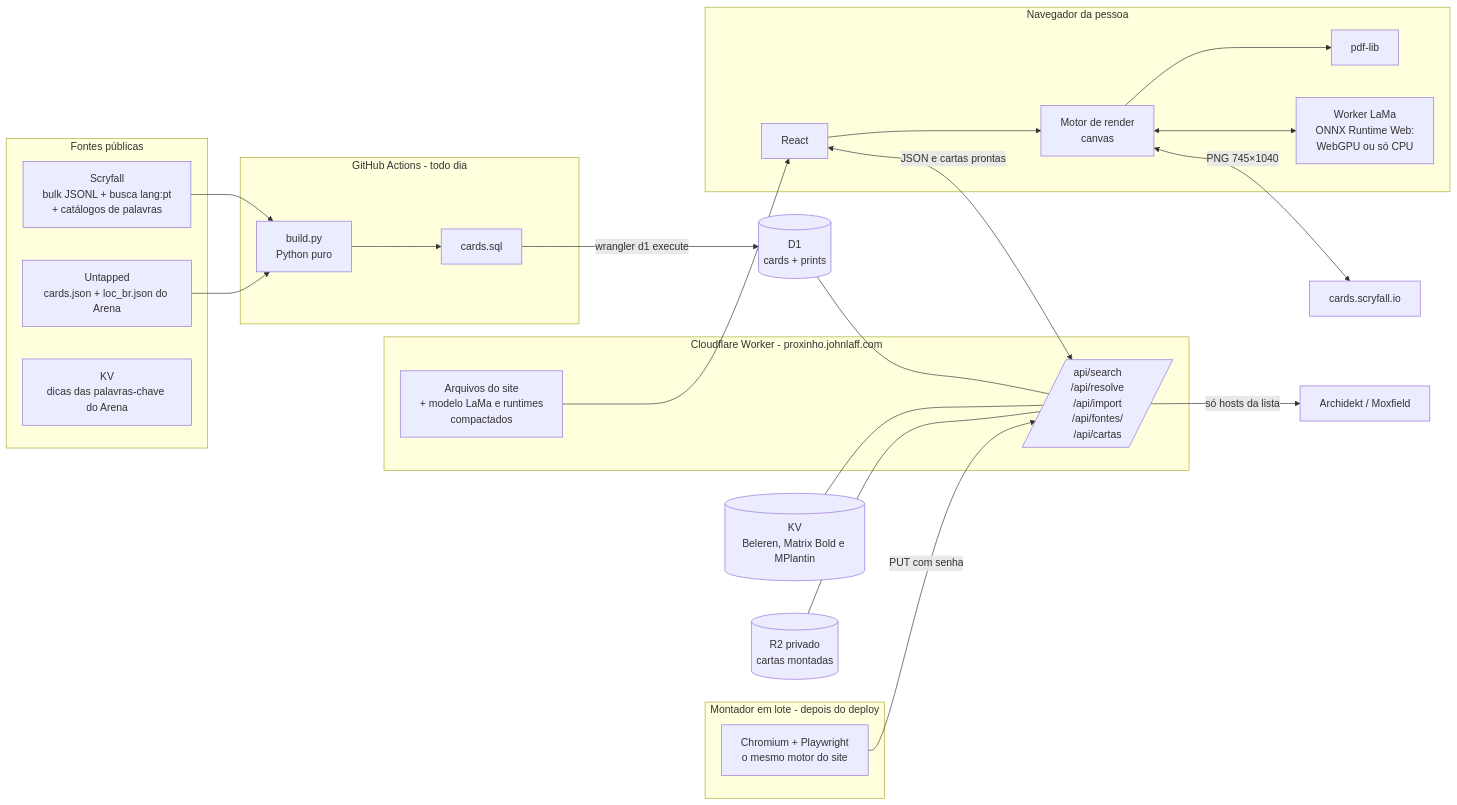
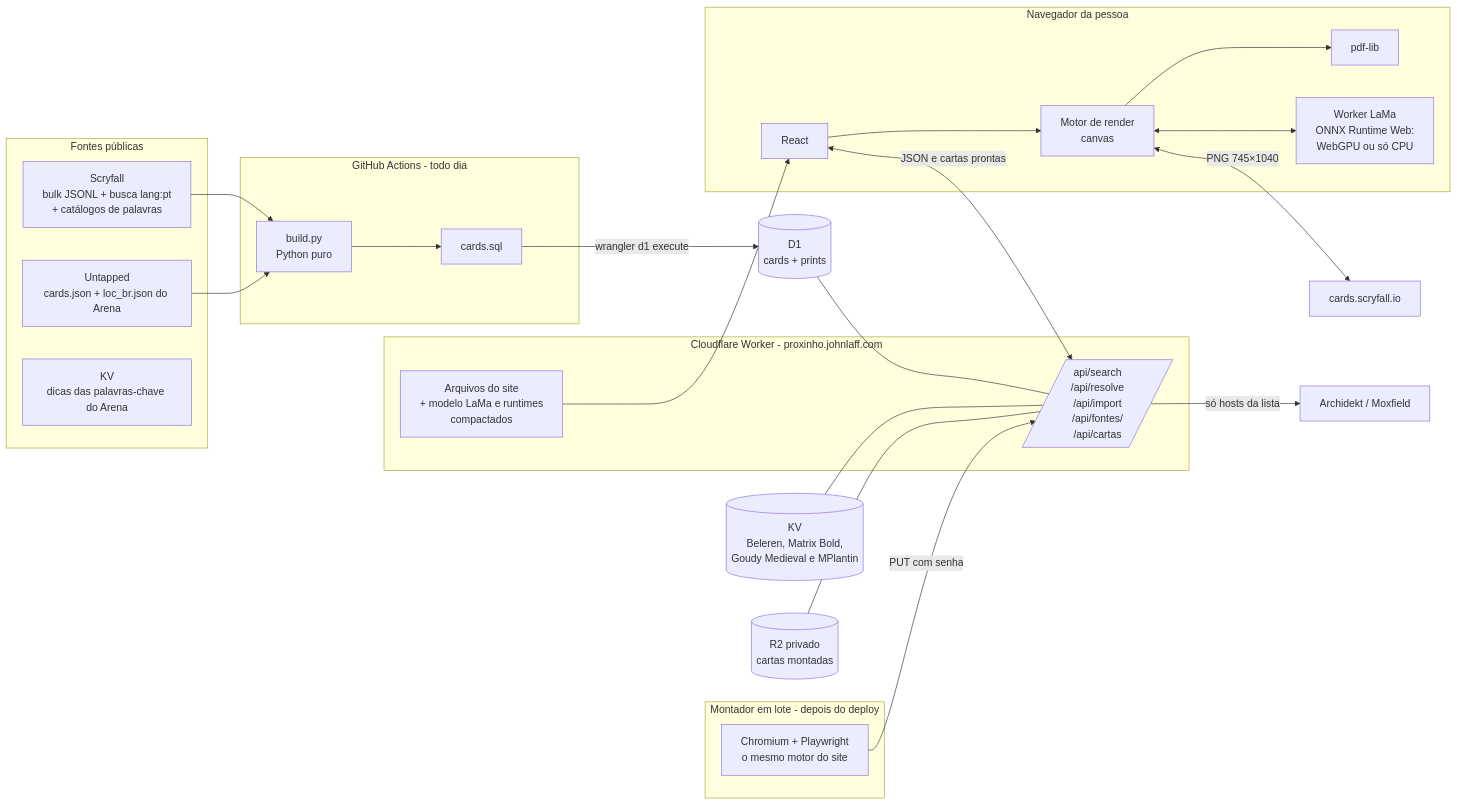
The diagram in docs/arquitetura.md (johnlaff/Proxinho), drawn with Mermaid before and after one commit. The commit also changed other lines of this file and 85 other files, not shown here.

````diff
--- a/docs/arquitetura.md
+++ b/docs/arquitetura.md
@@ -5,33 +5,33 @@
 ```mermaid
 flowchart LR
   subgraph Fontes públicas
     S[Scryfall<br/>bulk JSONL + busca lang:pt<br/>+ catálogos de palavras]
     U[Untapped<br/>cards.json + loc_br.json do Arena]
     D[KV<br/>dicas das palavras-chave do Arena]
   end
   subgraph GitHub Actions - todo dia
     P[build.py<br/>Python puro] --> SQL[cards.sql]
   end
   S --> P
   U --> P
   SQL -->|wrangler d1 execute| D1[(D1<br/>cards + prints)]
   subgraph Cloudflare Worker - proxinho.johnlaff.com
     A[/api/search<br/>/api/resolve<br/>/api/import<br/>/api/fontes/<br/>/api/cartas/]
     ST[Arquivos do site<br/>+ modelo LaMa e runtimes<br/>compactados]
   end
   D1 --- A
-  KV[(KV<br/>Beleren, Matrix Bold e MPlantin)] --- A
+  KV[(KV<br/>Beleren, Matrix Bold,<br/>Goudy Medieval e MPlantin)] --- A
   R2[(R2 privado<br/>cartas montadas)] --- A
   subgraph Montador em lote - depois do deploy
     M[Chromium + Playwright<br/>o mesmo motor do site] -->|PUT com senha| A
   end
   subgraph Navegador da pessoa
     UI[React] --> E[Motor de render<br/>canvas]
     E --> PDF[pdf-lib]
     E <--> LW[Worker LaMa<br/>ONNX Runtime Web:<br/>WebGPU ou só CPU]
   end
   UI <-->|JSON e cartas prontas| A
   ST --> UI
   E <-->|PNG 745×1040| CDN[cards.scryfall.io]
   A -->|só hosts da lista| AR[Archidekt / Moxfield]
 ```
````
